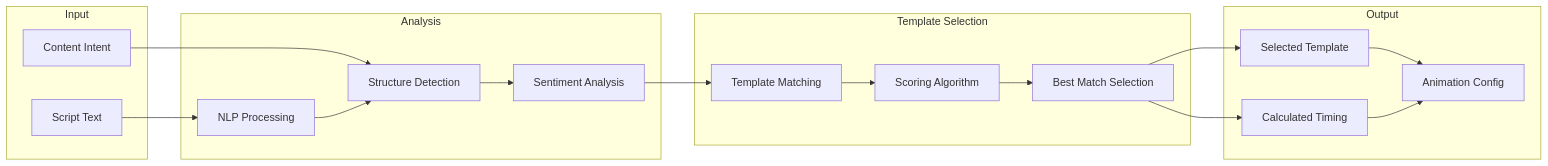
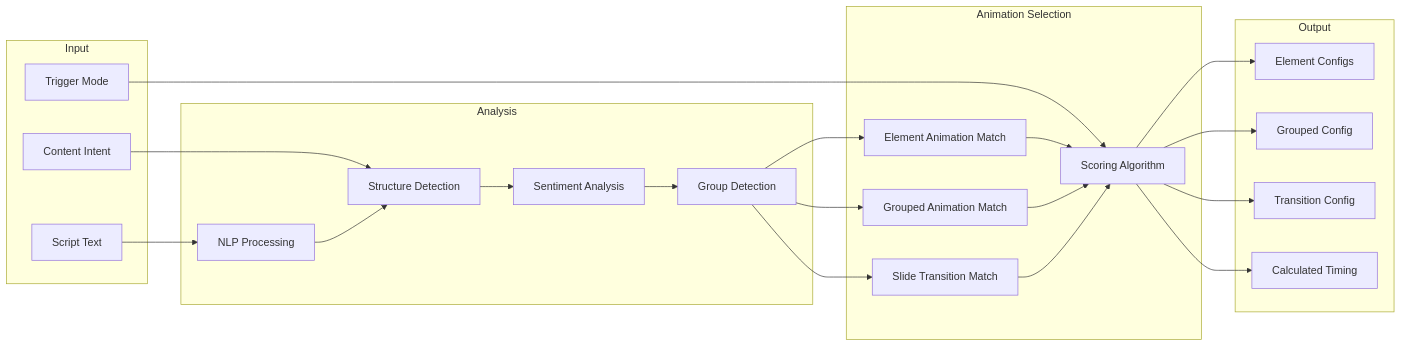
Before and after one commit to EvgenyEMK/visual-story: the diagram in docs/modules/animation-engine/auto-animation.md, drawn with Mermaid. The commit also changed other lines of this file and 58 other files, not shown here.

First line of the commit message:
Add animation engine: 25 transitions, demo page, dual-trigger model, and theme system

````diff
--- a/docs/modules/animation-engine/auto-animation.md
+++ b/docs/modules/animation-engine/auto-animation.md
@@ -47,37 +63,46 @@
 ```mermaid
 flowchart LR
     subgraph input [Input]
         Script[Script Text]
         Intent[Content Intent]
+        Trigger[Trigger Mode]
     end
-    
+
     subgraph analysis [Analysis]
         NLP[NLP Processing]
         Structure[Structure Detection]
         Sentiment[Sentiment Analysis]
+        GroupDetect[Group Detection]
     end
-    
-    subgraph selection [Template Selection]
-        Match[Template Matching]
+
+    subgraph selection [Animation Selection]
+        ElemMatch[Element Animation Match]
+        GroupMatch[Grouped Animation Match]
+        TransMatch[Slide Transition Match]
         Score[Scoring Algorithm]
-        Select[Best Match Selection]
     end
-    
+
     subgraph output [Output]
-        Template[Selected Template]
+        ElemConfig[Element Configs]
+        GroupConfig[Grouped Config]
+        TransConfig[Transition Config]
         Timing[Calculated Timing]
-        Config[Animation Config]
     end
-    
+
     Script --> NLP
     Intent --> Structure
+    Trigger --> Score
     NLP --> Structure
     Structure --> Sentiment
-    Sentiment --> Match
-    Match --> Score
-    Score --> Select
-    Select --> Template
-    Select --> Timing
-    Template --> Config
-    Timing --> Config
+    Sentiment --> GroupDetect
+    GroupDetect --> ElemMatch
+    GroupDetect --> GroupMatch
+    GroupDetect --> TransMatch
+    ElemMatch --> Score
+    GroupMatch --> Score
+    TransMatch --> Score
+    Score --> ElemConfig
+    Score --> GroupConfig
+    Score --> TransConfig
+    Score --> Timing
 ```
````
